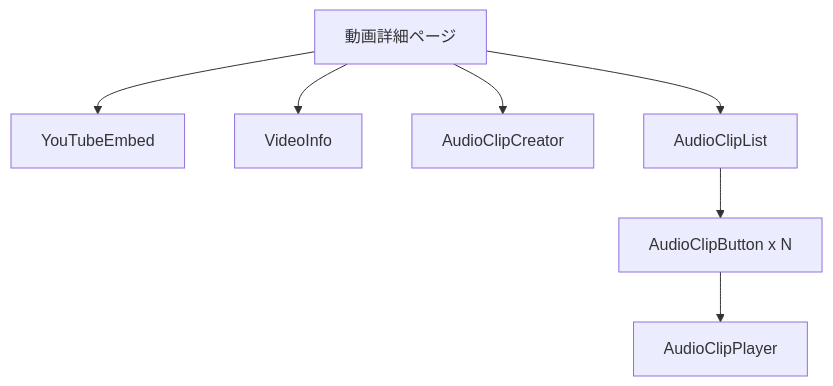
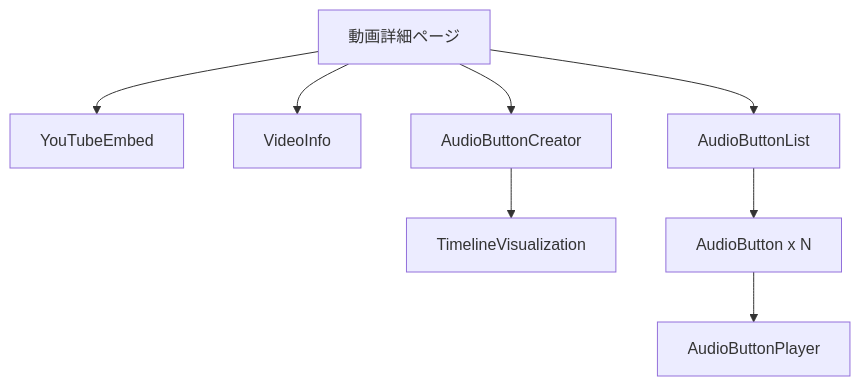
The second of 2 diagrams in docs/AUDIO_CLIP_DESIGN.md (nothink-jp/suzumina.click), drawn with Mermaid before and after one commit. The commit also changed other lines of this file and 10 other files, not shown here.

````diff
--- a/docs/AUDIO_CLIP_DESIGN.md
+++ b/docs/AUDIO_CLIP_DESIGN.md
@@ -240,9 +264,10 @@
 ```mermaid
 graph TD
     A[動画詳細ページ] --> B[YouTubeEmbed]
     A --> C[VideoInfo]
-    A --> D[AudioClipCreator]
-    A --> E[AudioClipList]
-    E --> F[AudioClipButton x N]
-    F --> G[AudioClipPlayer]
+    A --> D[AudioButtonCreator]
+    D --> H[TimelineVisualization]
+    A --> E[AudioButtonList]
+    E --> F[AudioButton x N]
+    F --> G[AudioButtonPlayer]
 ```
````
